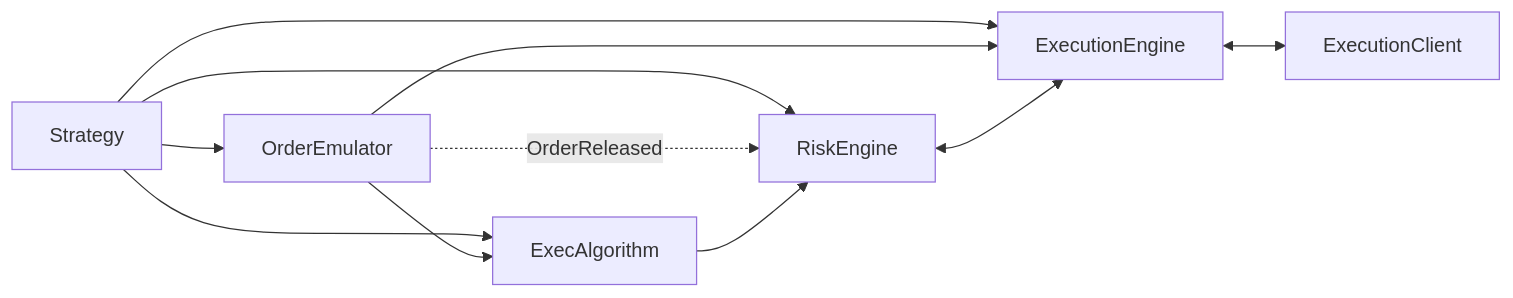
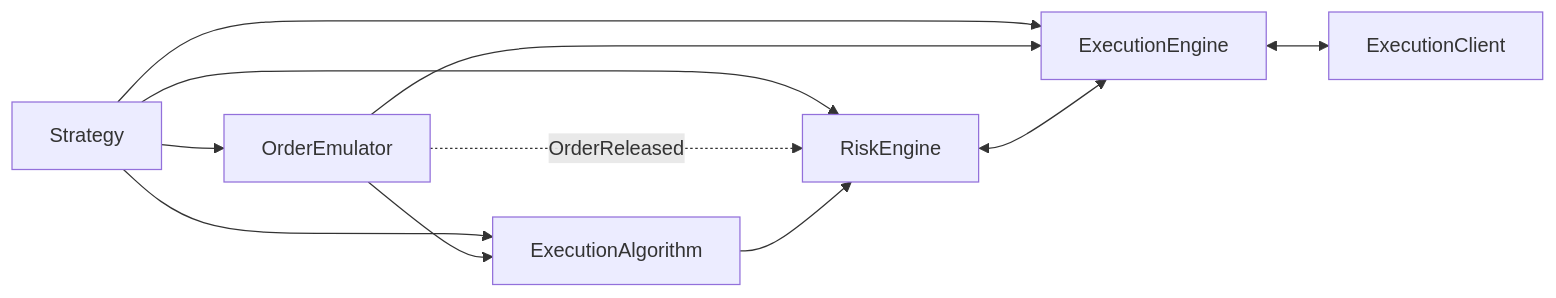
One commit to arif-b-khan/nautilus_trader changed the diagram in docs/concepts/execution.md. Above: the diagram before and after it, drawn with Mermaid. The commit also changed other lines of this file and 1378 other files, not shown here.

````diff
--- a/docs/concepts/execution.md
+++ b/docs/concepts/execution.md
@@ -58,20 +55,20 @@
 ```mermaid
 flowchart LR
     strategy[Strategy]
     emulator[OrderEmulator]
-    algo[ExecAlgorithm]
+    algo[ExecutionAlgorithm]
     risk[RiskEngine]
     engine[ExecutionEngine]
     client[ExecutionClient]
 
     strategy --> emulator
     strategy --> algo
     strategy --> risk
     strategy --> engine
     emulator -. OrderReleased .-> risk
     emulator --> algo
     emulator --> engine
     algo --> risk
     risk <--> engine
     engine <--> client
 ```
````
